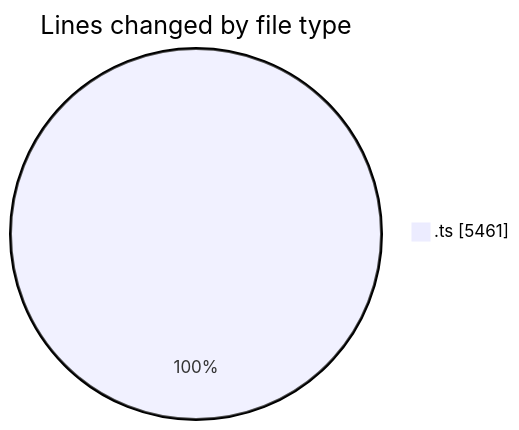
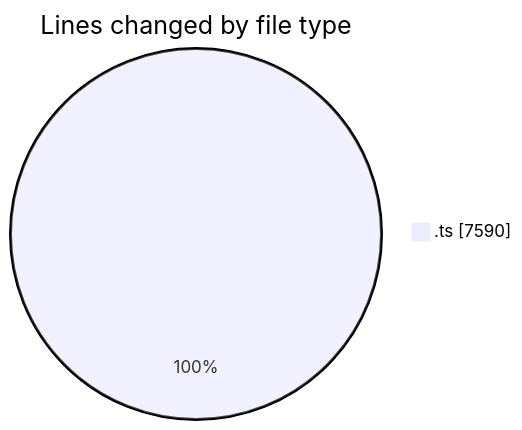
Before and after one commit to momahboobian/code-tracking: the first of 2 diagrams in 2025-06-24/cda/README.md, drawn with Mermaid. The commit also changed other lines of this file and 1 other file, not shown here.

````diff
--- a/2025-06-24/cda/README.md
+++ b/2025-06-24/cda/README.md
@@ -24,5 +27,5 @@
 ```mermaid
 pie showData
 title Lines changed by file type
-".ts" : 5461
+".ts" : 7590
 ```
````
